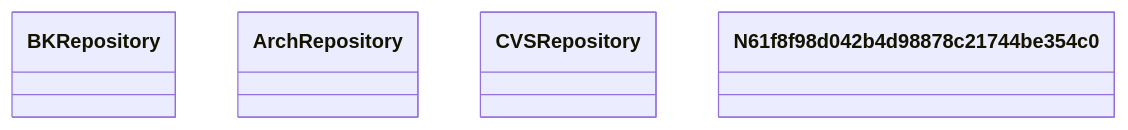
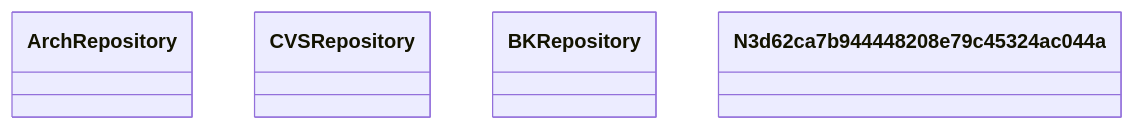
The diagram in output/Top_in_lov/doap.rdf-abstract.md (oeg-upm/Devos), drawn with Mermaid before and after one commit. The commit also changed 528 other files, not shown here.

````diff
--- a/output/Top_in_lov/doap.rdf-abstract.md
+++ b/output/Top_in_lov/doap.rdf-abstract.md
@@ -1,23 +1,23 @@
 ```mermaid
 	classDiagram
 
     
-    class BKRepository {
-    
-    }
-
     class ArchRepository {
     
     }
 
     class CVSRepository {
     
     }
 
-    class N61f8f98d042b4d98878c21744be354c0 {
+    class BKRepository {
+    
+    }
+
+    class N3d62ca7b944448208e79c45324ac044a {
     
     }
 
 
 
 ```
````
